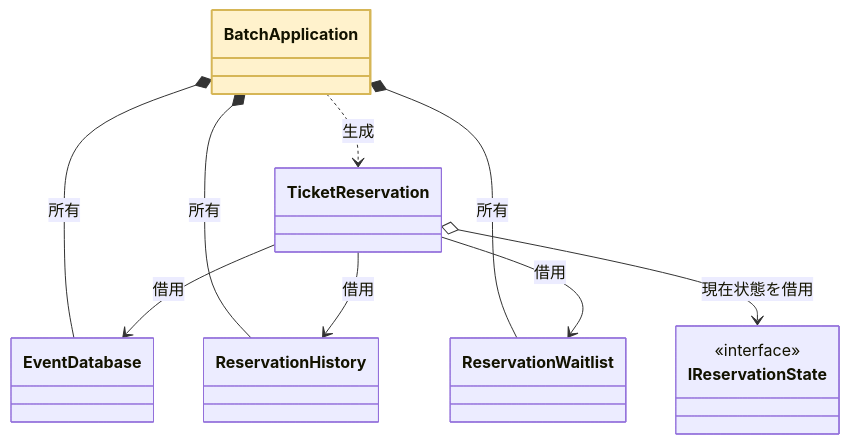
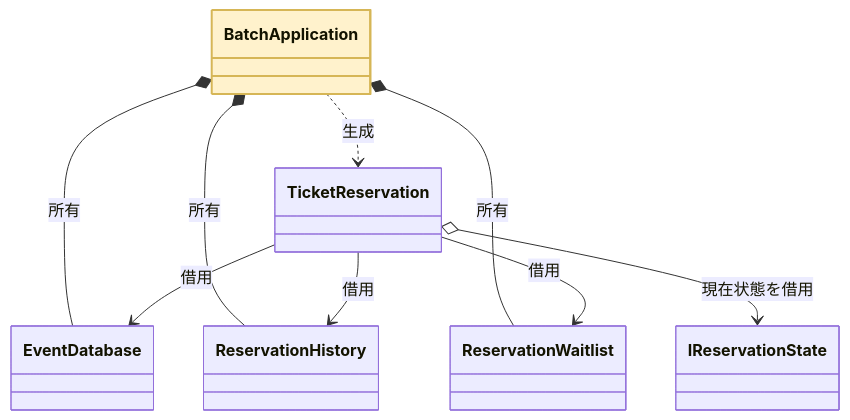
Before and after one commit to kumachan1101-pixel/DesignPattern: diagram 14 of 22 in kindle/design-patterns/output/chapter03.md, drawn with Mermaid. The commit also changed other lines of this file and 30 other files, not shown here.

````diff
--- a/kindle/design-patterns/output/chapter03.md
+++ b/kindle/design-patterns/output/chapter03.md
@@ -1902,19 +1912,19 @@
 ```mermaid
 classDiagram
     class BatchApplication
     class TicketReservation
     class EventDatabase
     class ReservationHistory
     class ReservationWaitlist
-    class IReservationState { <<interface>> }
+    class IReservationState
     BatchApplication *-- EventDatabase : 所有
     BatchApplication *-- ReservationHistory : 所有
     BatchApplication *-- ReservationWaitlist : 所有
     BatchApplication ..> TicketReservation : 生成
     TicketReservation --> EventDatabase : 借用
     TicketReservation --> ReservationHistory : 借用
     TicketReservation --> ReservationWaitlist : 借用
     TicketReservation o--> IReservationState : 現在状態を借用
     class BatchApplication:::focus
     classDef focus fill:#FFF2CC,stroke:#D6B656,stroke-width:2px
 ```
````
